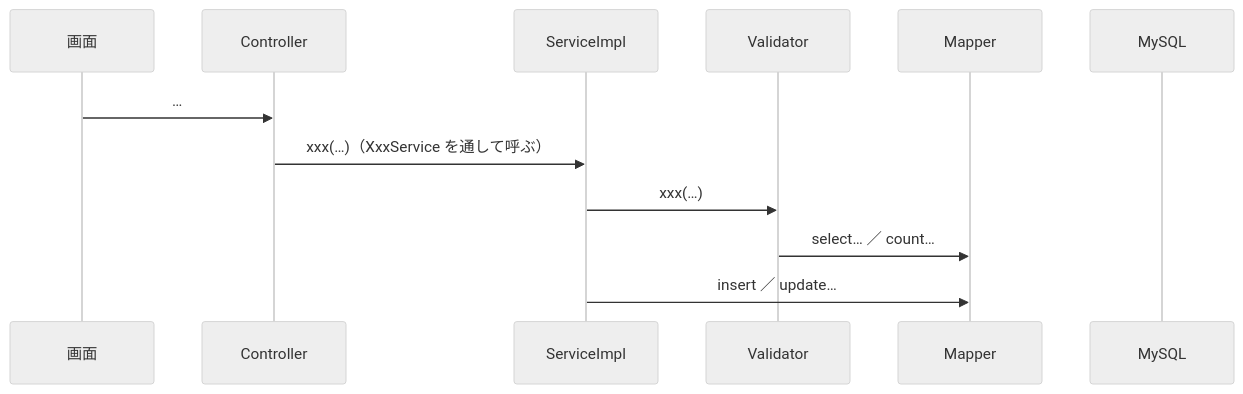
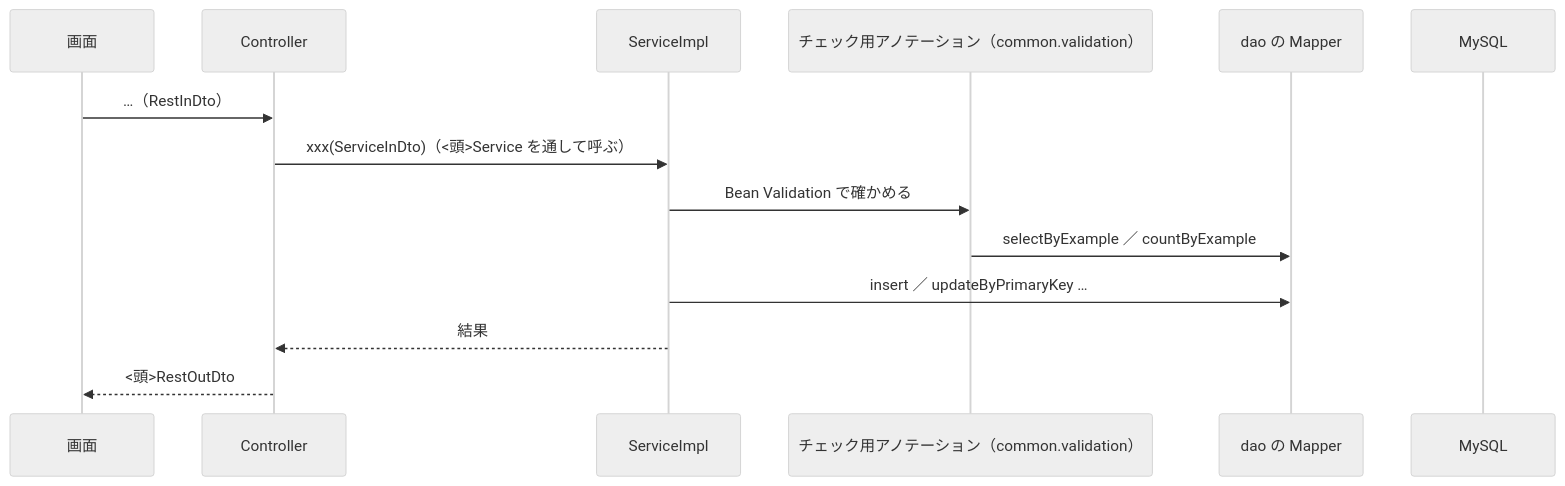
One commit to sekiyak611/EquipmentManagementSystem_Document changed the diagram in internaldesign/詳細設計/テンプレート/API.md. Above: the diagram before and after it, drawn with Mermaid (neutral theme). The commit also changed other lines of this file and 14 other files, not shown here.

````diff
--- a/internaldesign/詳細設計/テンプレート/API.md
+++ b/internaldesign/詳細設計/テンプレート/API.md
@@ -110,14 +121,16 @@
 ```mermaid
 sequenceDiagram
     participant 画面
     participant Controller
     participant ServiceImpl
-    participant Validator
-    participant Mapper
+    participant Check as チェック用アノテーション（common.validation）
+    participant Mapper as dao の Mapper
     participant MySQL
-    画面->>Controller: …
-    Controller->>ServiceImpl: xxx(…)（XxxService を通して呼ぶ）
-    ServiceImpl->>Validator: xxx(…)
-    Validator->>Mapper: select… ／ count…
-    ServiceImpl->>Mapper: insert ／ update…
+    画面->>Controller: …（RestInDto）
+    Controller->>ServiceImpl: xxx(ServiceInDto)（<頭>Service を通して呼ぶ）
+    ServiceImpl->>Check: Bean Validation で確かめる
+    Check->>Mapper: selectByExample ／ countByExample
+    ServiceImpl->>Mapper: insert ／ updateByPrimaryKey …
+    ServiceImpl-->>Controller: 結果
+    Controller-->>画面: <頭>RestOutDto
 ```
````
